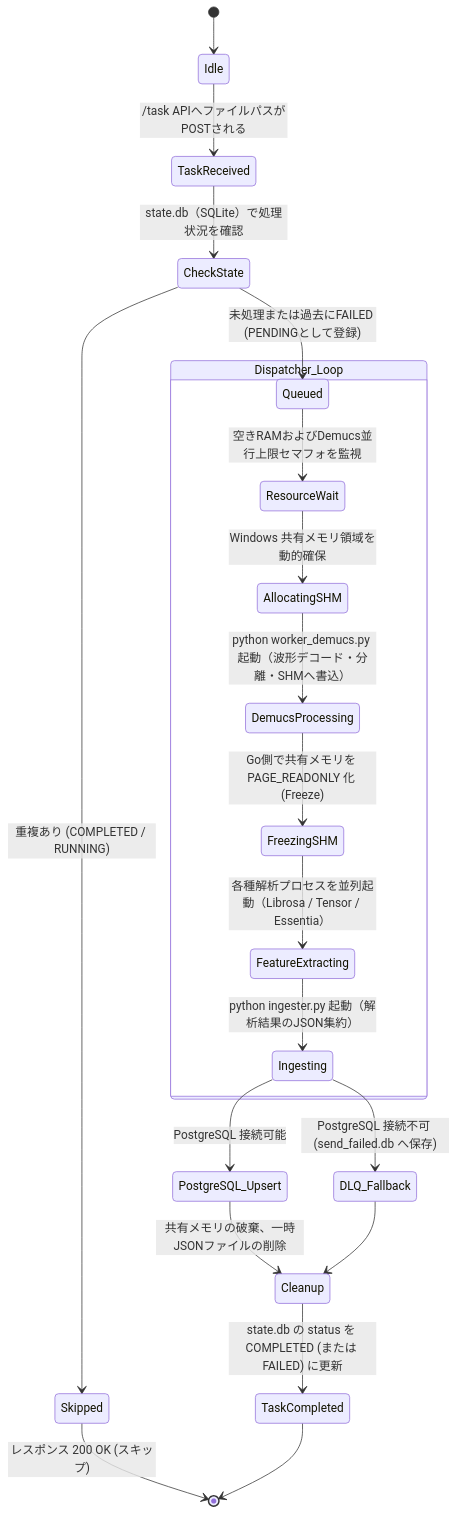
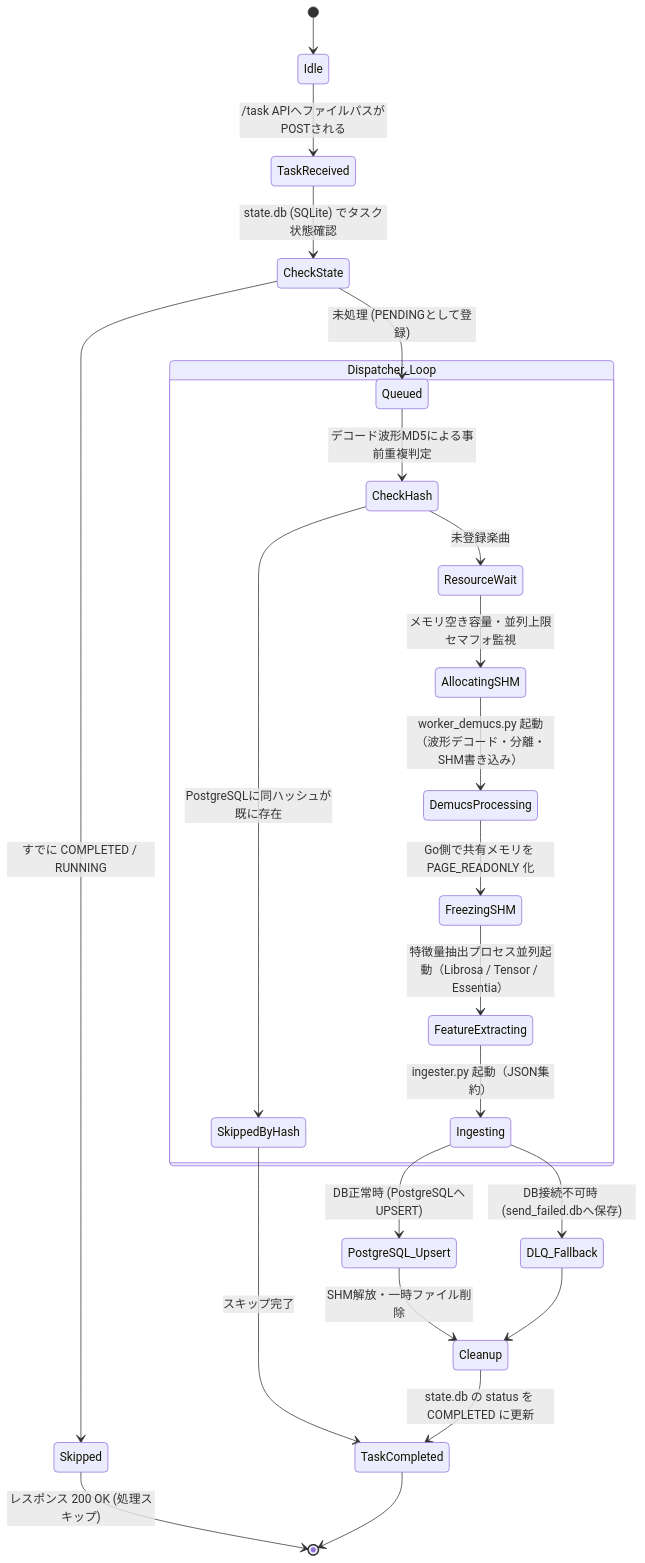
One commit to letwir/flac_analyzer_forwin changed the first of 4 diagrams in README.md. Above: the diagram before and after it, drawn with Mermaid. The commit also changed other lines of this file and 4 other files, not shown here.

````diff
--- a/README.md
+++ b/README.md
@@ -131,29 +117,33 @@
 ```mermaid
 stateDiagram-v2
     [*] --> Idle
     Idle --> TaskReceived: /task APIへファイルパスがPOSTされる
-    TaskReceived --> CheckState: state.db（SQLite）で処理状況を確認
+    TaskReceived --> CheckState: state.db (SQLite) でタスク状態確認
     
-    CheckState --> Skipped: 重複あり (COMPLETED / RUNNING)
-    CheckState --> Queued: 未処理または過去にFAILED (PENDINGとして登録)
+    CheckState --> Skipped: すでに COMPLETED / RUNNING
+    CheckState --> Queued: 未処理 (PENDINGとして登録)
     
-    Skipped --> [*]: レスポンス 200 OK (スキップ)
+    Skipped --> [*]: レスポンス 200 OK (処理スキップ)
     
     state Dispatcher_Loop {
-        Queued --> ResourceWait: 空きRAMおよびDemucs並行上限セマフォを監視
-        ResourceWait --> AllocatingSHM: Windows 共有メモリ領域を動的確保
-        AllocatingSHM --> DemucsProcessing: python worker_demucs.py 起動（波形デコード・分離・SHMへ書込）
-        DemucsProcessing --> FreezingSHM: Go側で共有メモリを PAGE_READONLY 化 (Freeze)
-        FreezingSHM --> FeatureExtracting: 各種解析プロセスを並列起動（Librosa / Tensor / Essentia）
-        FeatureExtracting --> Ingesting: python ingester.py 起動（解析結果のJSON集約）
+        Queued --> CheckHash: デコード波形MD5による事前重複判定
+        CheckHash --> SkippedByHash: PostgreSQLに同ハッシュが既に存在
+        CheckHash --> ResourceWait: 未登録楽曲
+        
+        ResourceWait --> AllocatingSHM: メモリ空き容量・並列上限セマフォ監視
+        AllocatingSHM --> DemucsProcessing: worker_demucs.py 起動（波形デコード・分離・SHM書き込み）
+        DemucsProcessing --> FreezingSHM: Go側で共有メモリを PAGE_READONLY 化
+        FreezingSHM --> FeatureExtracting: 特徴量抽出プロセス並列起動（Librosa / Tensor / Essentia）
+        FeatureExtracting --> Ingesting: ingester.py 起動（JSON集約）
     }
     
-    Ingesting --> PostgreSQL_Upsert: PostgreSQL 接続可能
-    Ingesting --> DLQ_Fallback: PostgreSQL 接続不可 (send_failed.db へ保存)
+    SkippedByHash --> TaskCompleted: スキップ完了
+    Ingesting --> PostgreSQL_Upsert: DB正常時 (PostgreSQLへUPSERT)
+    Ingesting --> DLQ_Fallback: DB接続不可時 (send_failed.dbへ保存)
     
-    PostgreSQL_Upsert --> Cleanup: 共有メモリの破棄、一時JSONファイルの削除
+    PostgreSQL_Upsert --> Cleanup: SHM解放・一時ファイル削除
     DLQ_Fallback --> Cleanup
     
-    Cleanup --> TaskCompleted: state.db の status を COMPLETED (または FAILED) に更新
+    Cleanup --> TaskCompleted: state.db の status を COMPLETED に更新
     TaskCompleted --> [*]
 ```
````
